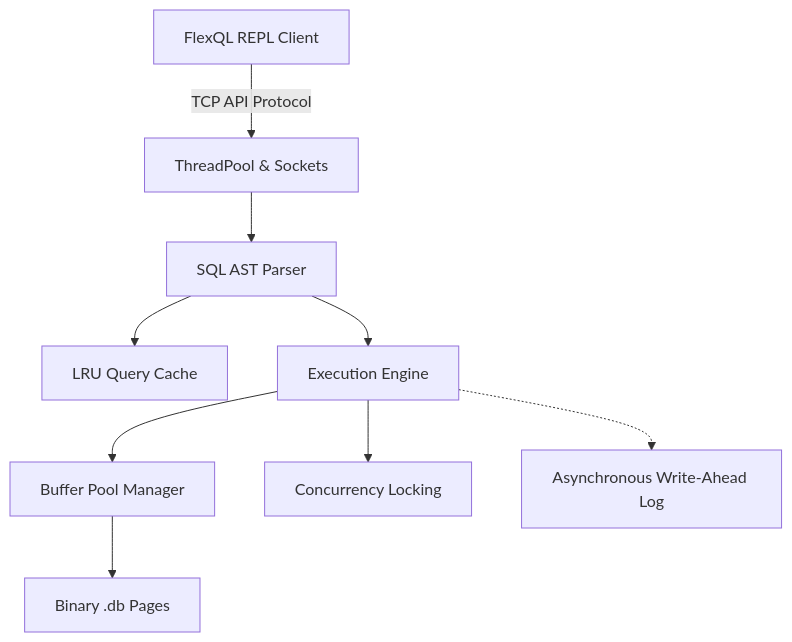
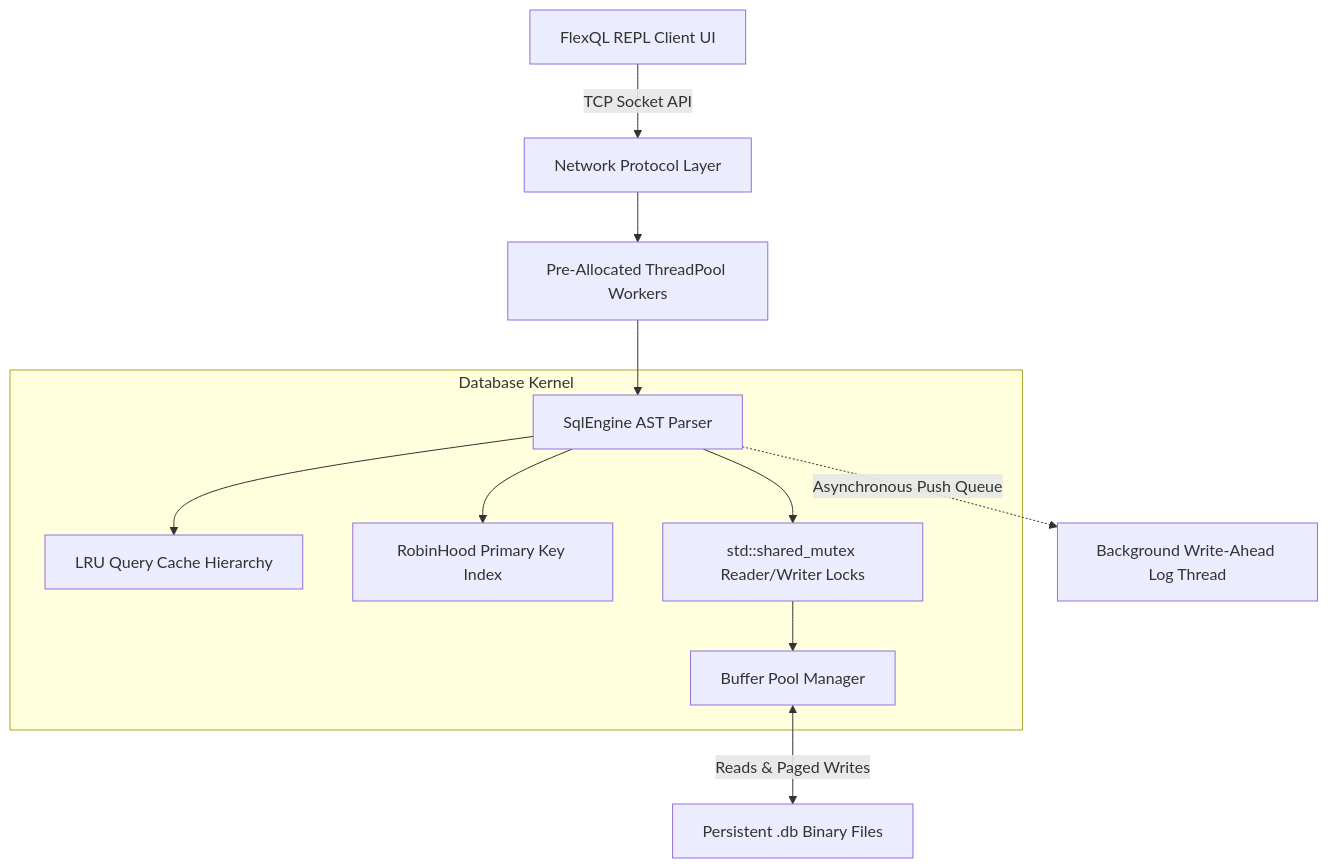
One commit to Ludirm02/FlexQL changed the diagram in design.md. Above: the diagram before and after it, drawn with Mermaid. The commit also changed other lines of this file and 23 other files, not shown here.

````diff
--- a/design.md
+++ b/design.md
@@ -17,11 +17,16 @@
 ```mermaid
 graph TD
-    Client[FlexQL REPL Client] -->|TCP API Protocol| Server[ThreadPool & Sockets]
-    Server --> Parser[SQL AST Parser]
-    Parser --> Cache[LRU Query Cache]
-    Parser --> Engine[Execution Engine]
-    Engine --> RAM[Buffer Pool Manager]
-    Engine --> Mutex[Concurrency Locking]
-    RAM --> Disk[Binary .db Pages]
-    Engine -.-> WAL[Asynchronous Write-Ahead Log]
+    Client[FlexQL REPL Client UI] -->|TCP Socket API| Server[Network Protocol Layer]
+    Server --> ThreadPool[Pre-Allocated ThreadPool Workers]
+    ThreadPool --> Engine[SqlEngine AST Parser]
+    
+    subgraph Database Kernel
+    Engine --> Cache[LRU Query Cache Hierarchy]
+    Engine --> Indexing[RobinHood Primary Key Index]
+    Engine --> MutexGate[std::shared_mutex Reader/Writer Locks]
+    MutexGate --> RAM[Buffer Pool Manager]
+    end
+    
+    RAM <-->|Reads & Paged Writes| Disk[Persistent .db Binary Files]
+    Engine -.->|Asynchronous Push Queue| WAL[Background Write-Ahead Log Thread]
 ```
````
